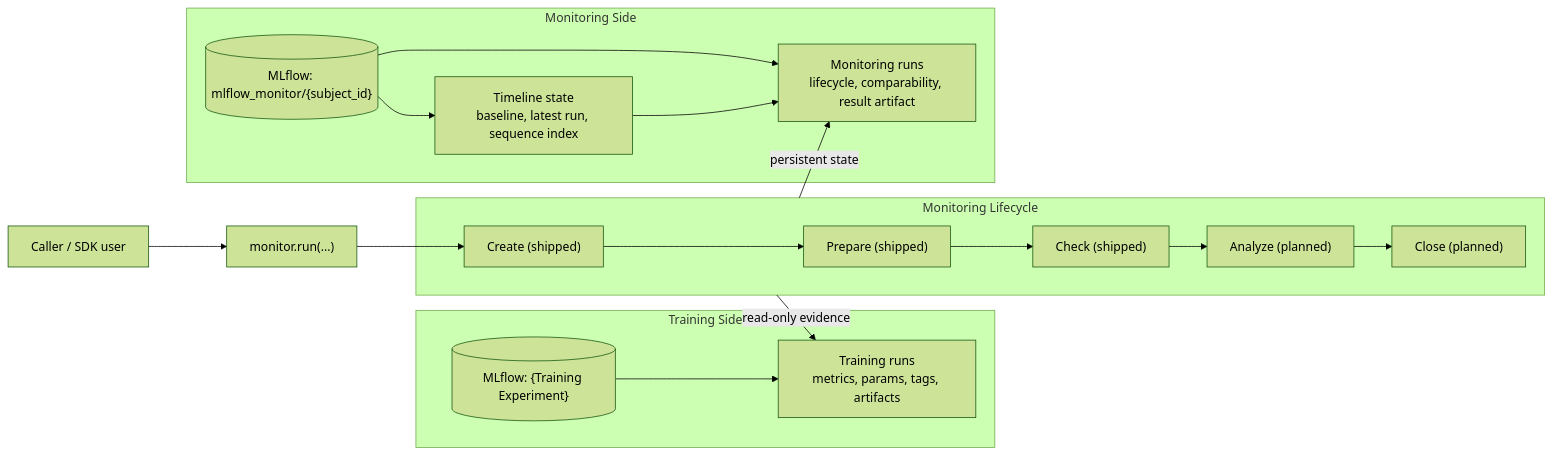
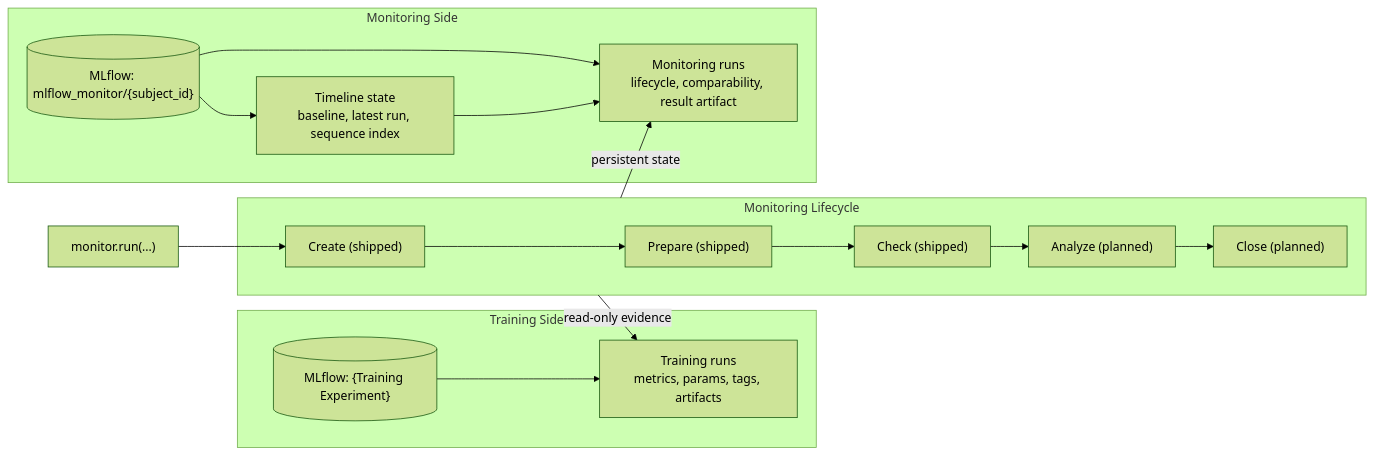
One commit to shizheng-rlfresh/mlflow-monitor changed the diagram in docs/architecture.md. Above: the diagram before and after it, drawn with Mermaid (forest theme). The commit also changed 7 other files, not shown here.

````diff
--- a/docs/architecture.md
+++ b/docs/architecture.md
@@ -7,27 +7,27 @@
 ```mermaid
 flowchart LR
-    Caller["Caller / SDK user"] --> SDK["monitor.run(...)"]
-    SDK --> Create
+    PythonAPI["monitor.run(...)"]
+    PythonAPI --> Create
 
     subgraph Training["Training Side"]
         TrainExp[("MLflow: {Training Experiment}")]
         TrainRuns["Training runs\nmetrics, params, tags, artifacts"]
     end
 
     subgraph Workflow["Monitoring Lifecycle"]
         Create["Create (shipped)"] --> Prepare["Prepare (shipped)"] --> Check["Check (shipped)"] --> Analyze["Analyze (planned)"] --> Close["Close (planned)"]
     end
 
     subgraph Monitoring["Monitoring Side"]
         MonExp[("MLflow: mlflow_monitor/{subject_id}")]
         Timeline["Timeline state\nbaseline, latest run, sequence index"]
         MonRuns["Monitoring runs\nlifecycle, comparability, result artifact"]
     end
 
     Workflow -->|read-only evidence| TrainRuns
     Workflow -->|persistent state| MonRuns
     TrainExp --> TrainRuns
     MonExp --> Timeline
     MonExp --> MonRuns
     Timeline --> MonRuns
 ```
````
